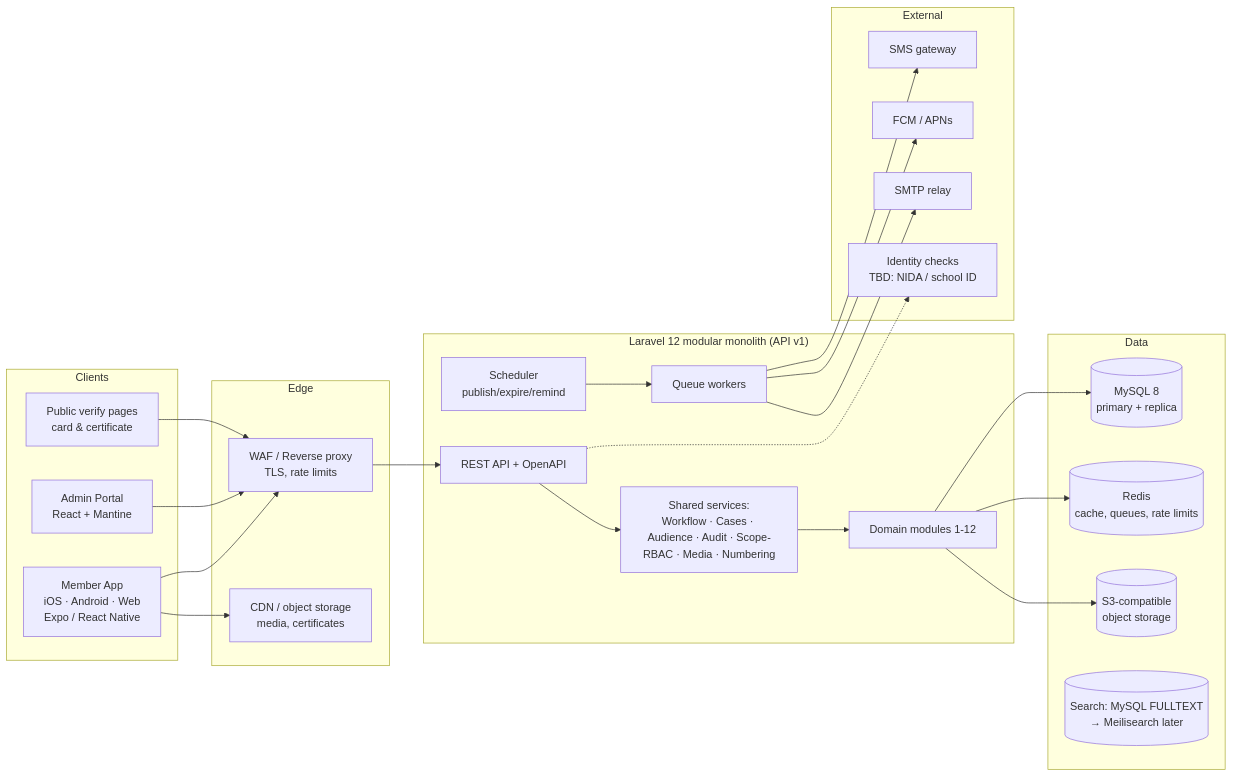
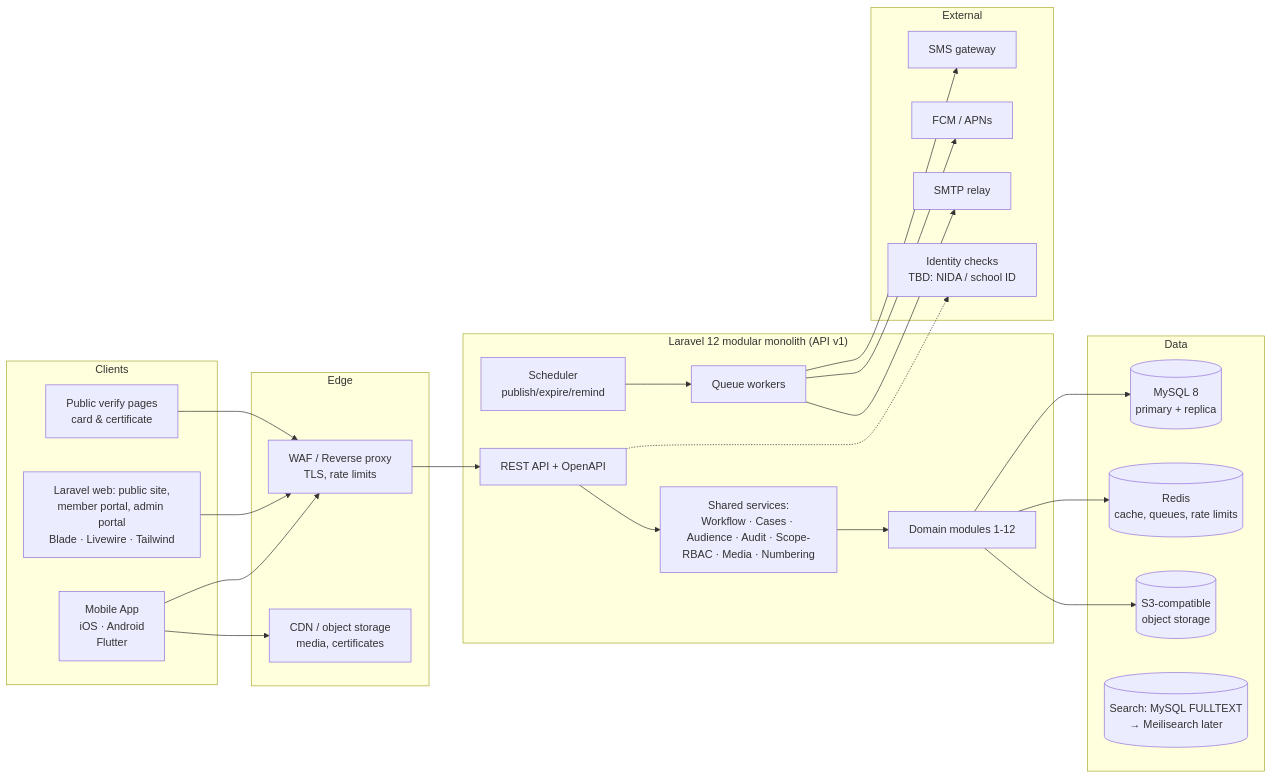
The first of 2 diagrams in docs/02-solution-architecture.md (halfasalum/tax-club), drawn with Mermaid before and after one commit. The commit also changed other lines of this file and 102 other files, not shown here.

First line of the commit message:
Move web to server-rendered Laravel 13 with Livewire and Tailwind

````diff
--- a/docs/02-solution-architecture.md
+++ b/docs/02-solution-architecture.md
@@ -18,38 +18,38 @@
 ```mermaid
 flowchart LR
   subgraph Clients
-    M[Member App<br/>iOS · Android · Web<br/>Expo / React Native]
-    A[Admin Portal<br/>React + Mantine]
+    M[Mobile App<br/>iOS · Android<br/>Flutter]
+    A[Laravel web: public site,<br/>member portal, admin portal<br/>Blade · Livewire · Tailwind]
     V[Public verify pages<br/>card & certificate]
   end
   subgraph Edge
     W[WAF / Reverse proxy<br/>TLS, rate limits]
     CDN[CDN / object storage<br/>media, certificates]
   end
   subgraph Platform["Laravel 12 modular monolith (API v1)"]
     API[REST API + OpenAPI]
     SH[Shared services:<br/>Workflow · Cases · Audience · Audit · Scope-RBAC · Media · Numbering]
     MOD[Domain modules 1-12]
     Q[Queue workers]
     S[Scheduler<br/>publish/expire/remind]
   end
   subgraph Data
     DB[(MySQL 8<br/>primary + replica)]
     R[(Redis<br/>cache, queues, rate limits)]
     OS[(S3-compatible<br/>object storage)]
     SE[(Search: MySQL FULLTEXT<br/>→ Meilisearch later)]
   end
   subgraph External
     SMS[SMS gateway]
     PUSH[FCM / APNs]
     MAIL[SMTP relay]
     ID[Identity checks<br/>TBD: NIDA / school ID]
   end
   M & A & V --> W --> API
   M --> CDN
   API --> SH --> MOD
   MOD --> DB & R & OS
   Q --> SMS & PUSH & MAIL
   S --> Q
   API -.-> ID
 ```
````
